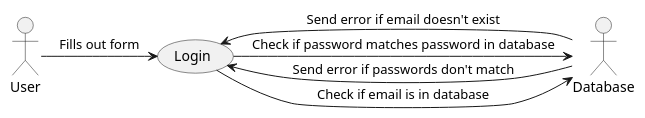
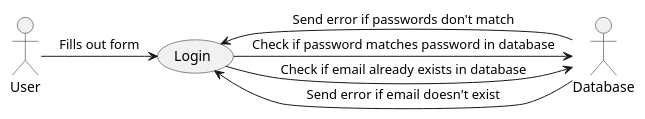
The diagram in UML/Use cases/login.puml (AlexisT37/Snowtricks), drawn with PlantUML before and after one commit. The commit also changed 5 other files, not shown here.

Commit message:
feat: uml remain

```diff
--- a/UML/Use cases/login.puml
+++ b/UML/Use cases/login.puml
@@ -1,18 +1,18 @@
 @startuml login
 
 actor User
 
 usecase Login
 
 User -> Login: Fills out form
 
-Login -> Database: Check if email is in database
+Login -> Database: Check if email already exists in database
 
 Database -> Login: Send error if email doesn't exist
 
 Login -> Database: Check if password matches password in database
 
 Database -> Login: Send error if passwords don't match
 
 
 @enduml
```
